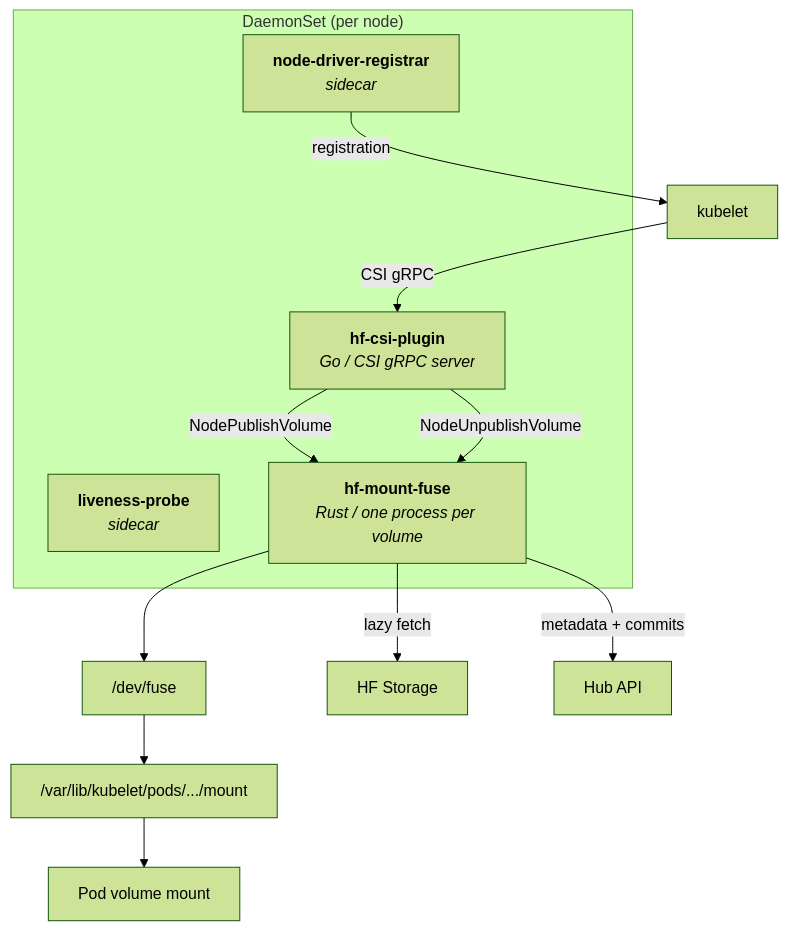
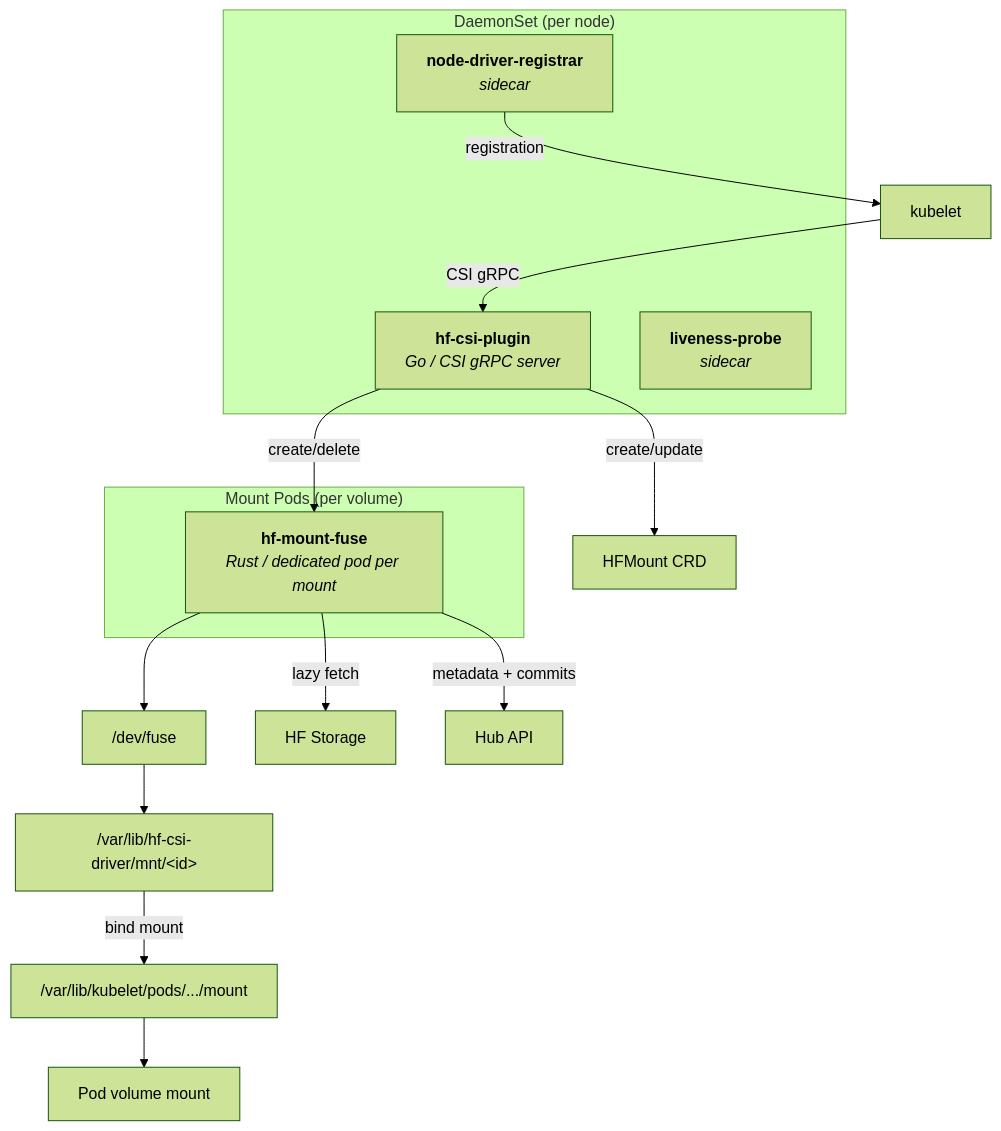
Before and after one commit to huggingface/hf-csi-driver: the diagram in README.md, drawn with Mermaid (forest theme). The commit also changed other lines of this file, not shown here.

Commit message:
docs: update README for pod-based mounting architecture

````diff
--- a/README.md
+++ b/README.md
@@ -228,20 +231,24 @@
 ```mermaid
 graph TD
     subgraph DS["DaemonSet (per node)"]
         CSI["<b>hf-csi-plugin</b><br/><i>Go / CSI gRPC server</i>"]
         REG["<b>node-driver-registrar</b><br/><i>sidecar</i>"]
         LP["<b>liveness-probe</b><br/><i>sidecar</i>"]
+    end
 
-        CSI -->|NodePublishVolume| FUSE["<b>hf-mount-fuse</b><br/><i>Rust / one process per volume</i>"]
-        CSI -->|NodeUnpublishVolume| FUSE
+    subgraph MP["Mount Pods (per volume)"]
+        FUSE["<b>hf-mount-fuse</b><br/><i>Rust / dedicated pod per mount</i>"]
     end
 
     KUBELET["kubelet"] -->|CSI gRPC| CSI
     REG -->|registration| KUBELET
+    CSI -->|"create/delete"| FUSE
+    CSI -->|"create/update"| CRD["HFMount CRD"]
     FUSE --> DEV["/dev/fuse"]
-    DEV --> MNT["/var/lib/kubelet/pods/.../mount"]
-    MNT --> POD["Pod volume mount"]
+    DEV --> SRC["/var/lib/hf-csi-driver/mnt/&lt;id&gt;"]
+    SRC -->|bind mount| TGT["/var/lib/kubelet/pods/.../mount"]
+    TGT --> POD["Pod volume mount"]
 
     FUSE -->|lazy fetch| HF["HF Storage"]
     FUSE -->|metadata + commits| HUB["Hub API"]
 ```
````
